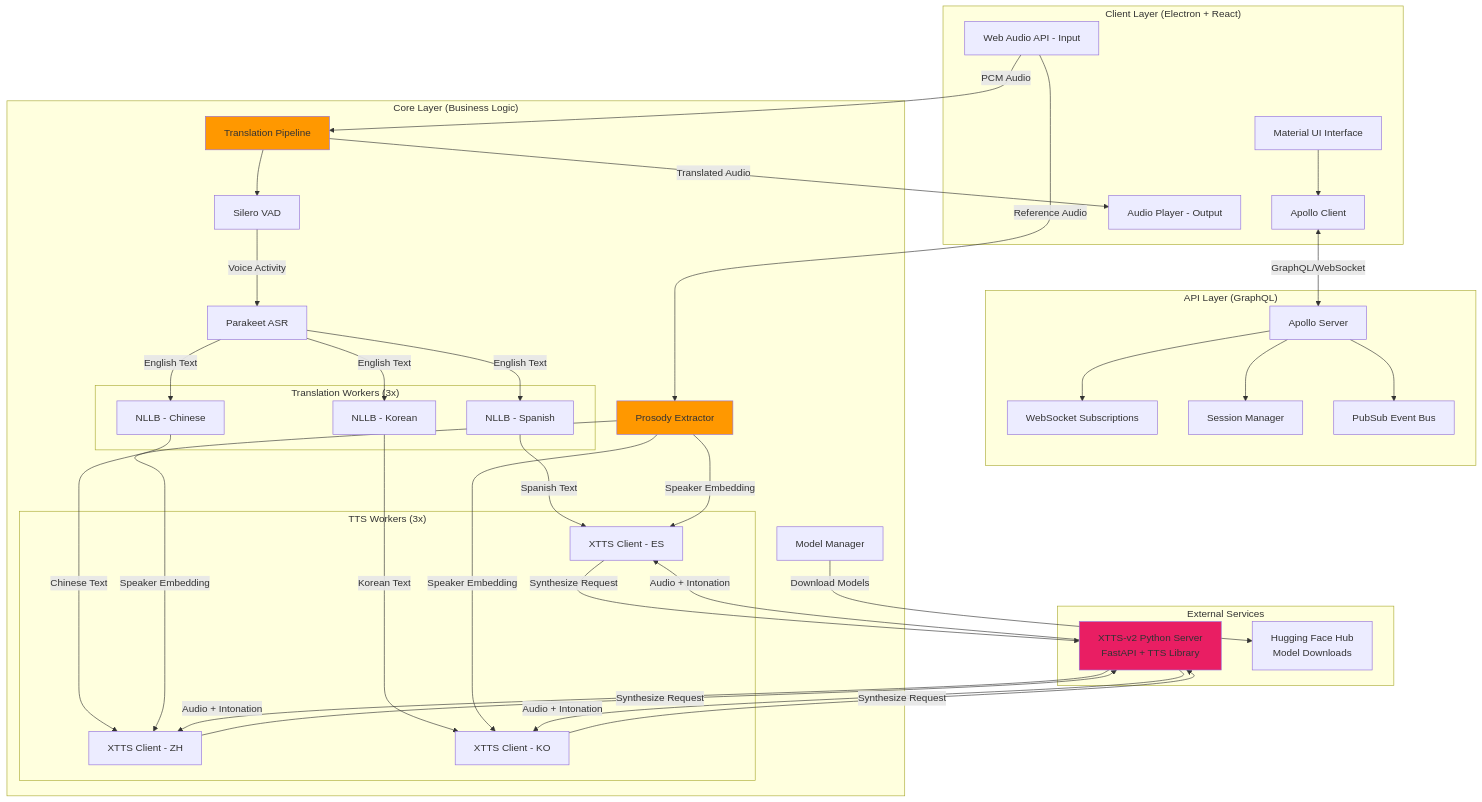
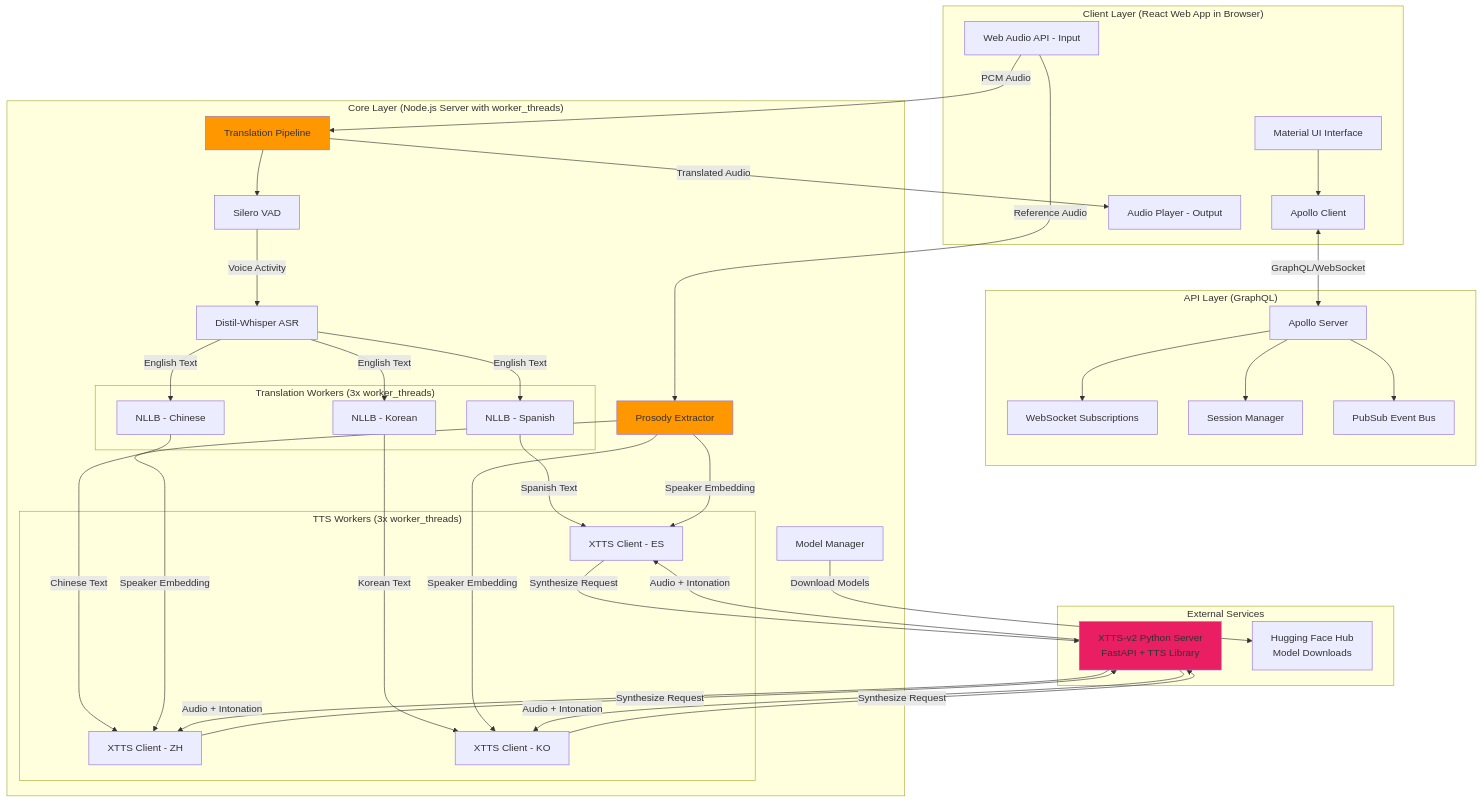
The first of 17 diagrams in plans/project-plan.md (naturally-translate/voice-bridge), drawn with Mermaid before and after one commit. The commit also changed other lines of this file, not shown here.

````diff
--- a/plans/project-plan.md
+++ b/plans/project-plan.md
@@ -65,80 +69,80 @@
 ```mermaid
 graph TB
-    subgraph "Client Layer (Electron + React)"
+    subgraph "Client Layer (React Web App in Browser)"
         UI[Material UI Interface]
         AC[Apollo Client]
         AudioIn[Web Audio API - Input]
         AudioOut[Audio Player - Output]
     end
 
     subgraph "API Layer (GraphQL)"
         AS[Apollo Server]
         WS[WebSocket Subscriptions]
         SM[Session Manager]
         PS[PubSub Event Bus]
     end
 
-    subgraph "Core Layer (Business Logic)"
+    subgraph "Core Layer (Node.js Server with worker_threads)"
         TP[Translation Pipeline]
         VAD[Silero VAD]
-        ASR[Parakeet ASR]
+        ASR[Distil-Whisper ASR]
 
-        subgraph "Translation Workers (3x)"
+        subgraph "Translation Workers (3x worker_threads)"
             TW1[NLLB - Spanish]
             TW2[NLLB - Chinese]
             TW3[NLLB - Korean]
         end
 
-        subgraph "TTS Workers (3x)"
+        subgraph "TTS Workers (3x worker_threads)"
             TTW1[XTTS Client - ES]
             TTW2[XTTS Client - ZH]
             TTW3[XTTS Client - KO]
         end
 
         MM[Model Manager]
         PE[Prosody Extractor]
     end
 
     subgraph "External Services"
         XTTS[XTTS-v2 Python Server<br/>FastAPI + TTS Library]
         HF[Hugging Face Hub<br/>Model Downloads]
     end
 
     UI --> AC
     AC <-->|GraphQL/WebSocket| AS
     AS --> WS
     AS --> SM
     AS --> PS
 
     AudioIn -->|PCM Audio| TP
     TP -->|Translated Audio| AudioOut
 
     TP --> VAD
     VAD -->|Voice Activity| ASR
     ASR -->|English Text| TW1
     ASR -->|English Text| TW2
     ASR -->|English Text| TW3
 
     TW1 -->|Spanish Text| TTW1
     TW2 -->|Chinese Text| TTW2
     TW3 -->|Korean Text| TTW3
 
     AudioIn -->|Reference Audio| PE
     PE -->|Speaker Embedding| TTW1
     PE -->|Speaker Embedding| TTW2
     PE -->|Speaker Embedding| TTW3
 
     TTW1 -->|Synthesize Request| XTTS
     TTW2 -->|Synthesize Request| XTTS
     TTW3 -->|Synthesize Request| XTTS
 
     XTTS -->|Audio + Intonation| TTW1
     XTTS -->|Audio + Intonation| TTW2
     XTTS -->|Audio + Intonation| TTW3
 
     MM -->|Download Models| HF
 
     style TP fill:#ff9800
     style PE fill:#ff9800
     style XTTS fill:#e91e63
 ```
````
